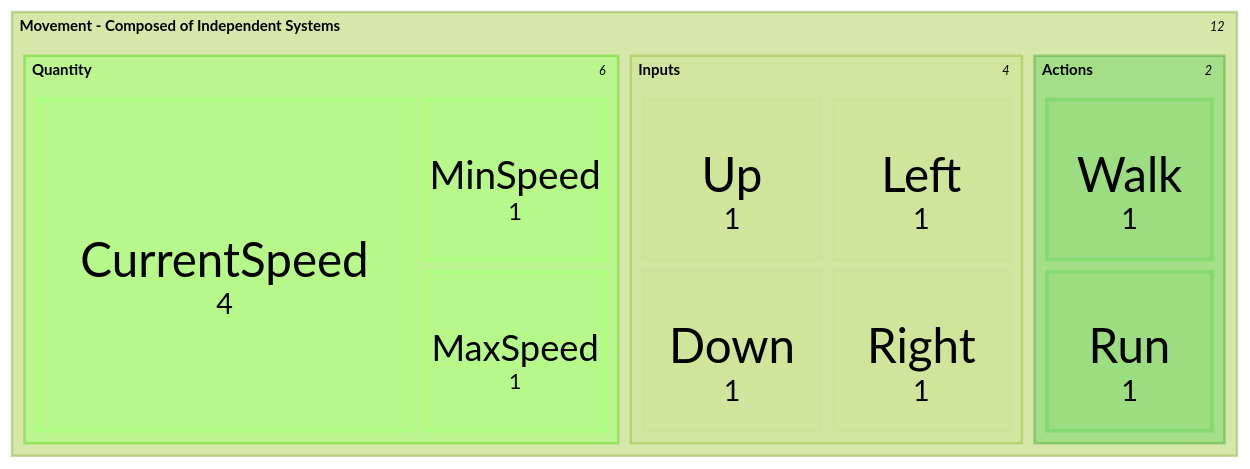
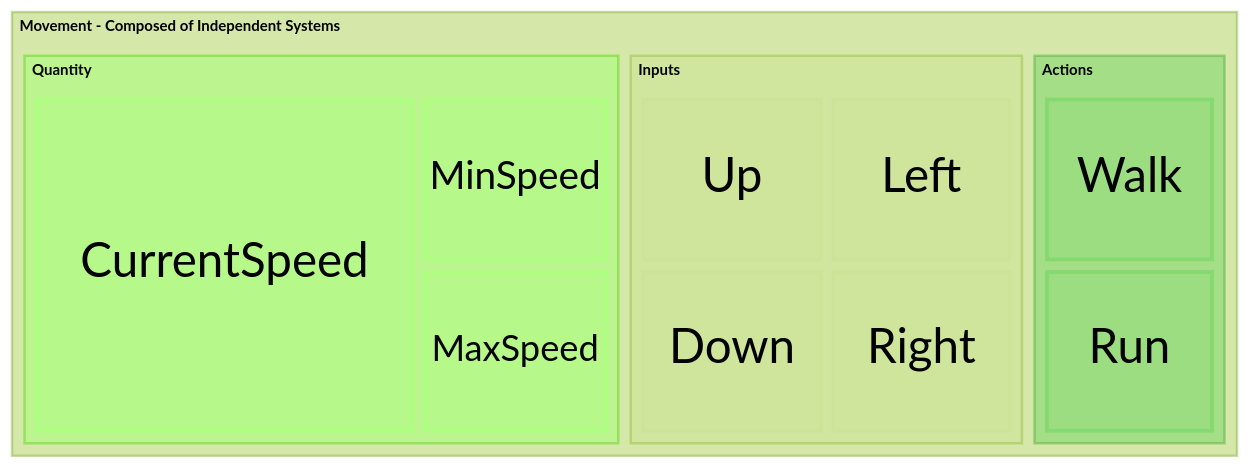
Before and after one commit to CadeXLegend/survivors-godot-game: the second of 2 diagrams in README.md, drawn with Mermaid (forest theme). The commit also changed other lines of this file, not shown here.

````diff
--- a/README.md
+++ b/README.md
@@ -58,16 +63,21 @@
 ```mermaid
+---
+config:
+  treemap:
+    showValues: false
+---
 treemap-beta
 "Movement - Composed of Independent Systems"
     "Actions"
         "Walk": 1
         "Run": 1
     "Inputs"
         "Up": 1
         "Down": 1
         "Left": 1
         "Right": 1
     "Quantity"
         "MinSpeed": 1
         "MaxSpeed": 1
         "CurrentSpeed": 4
 ```
````
